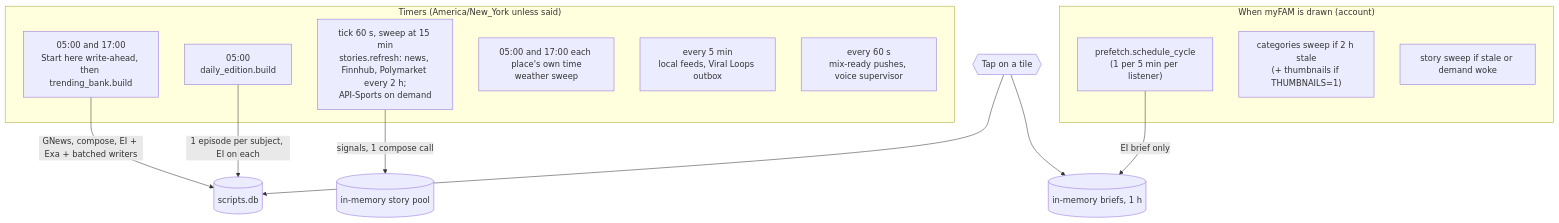
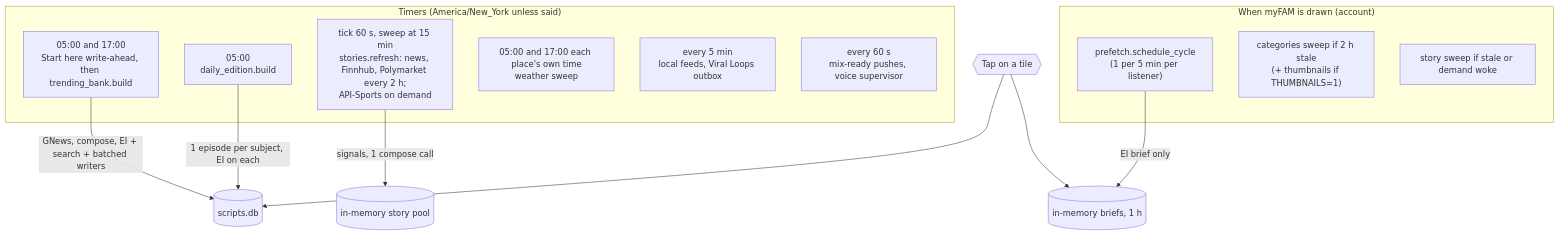
The fourth of 5 diagrams in docs/BACKEND.md (tjweingart-byte/FAM), drawn with Mermaid before and after one commit. The commit also changed other lines of this file and 74 other files, not shown here.

First line of the commit message:
Delete Exa; the search is Parallel, then Perplexity, then GDELT (§270)

````diff
--- a/docs/BACKEND.md
+++ b/docs/BACKEND.md
@@ -336,22 +336,22 @@
 ```mermaid
 flowchart TB
   subgraph Timers["Timers (America/New_York unless said)"]
     T1["05:00 and 17:00<br/>Start here write-ahead, then trending_bank.build"]
     T2["05:00<br/>daily_edition.build"]
     T3["tick 60 s, sweep at 15 min<br/>stories.refresh: news, Finnhub, Polymarket every 2 h;<br/>API-Sports on demand"]
     T4["05:00 and 17:00 each place's own time<br/>weather sweep"]
     T5["every 5 min<br/>local feeds, Viral Loops outbox"]
     T6["every 60 s<br/>mix-ready pushes, voice supervisor"]
   end
   subgraph OnView["When myFAM is drawn (account)"]
     D1["prefetch.schedule_cycle<br/>(1 per 5 min per listener)"]
     D2["categories sweep if 2 h stale<br/>(+ thumbnails if THUMBNAILS=1)"]
     D3["story sweep if stale or demand woke"]
   end
-  T1 -->|GNews, compose, EI + Exa + batched writers| CACHE[("scripts.db")]
+  T1 -->|GNews, compose, EI + search + batched writers| CACHE[("scripts.db")]
   T2 -->|1 episode per subject, EI on each| CACHE
   T3 -->|signals, 1 compose call| POOL[("in-memory story pool")]
   D1 -->|EI brief only| BRIEFS[("in-memory briefs, 1 h")]
   TAP{{Tap on a tile}} --> CACHE
   TAP --> BRIEFS
 ```
````
